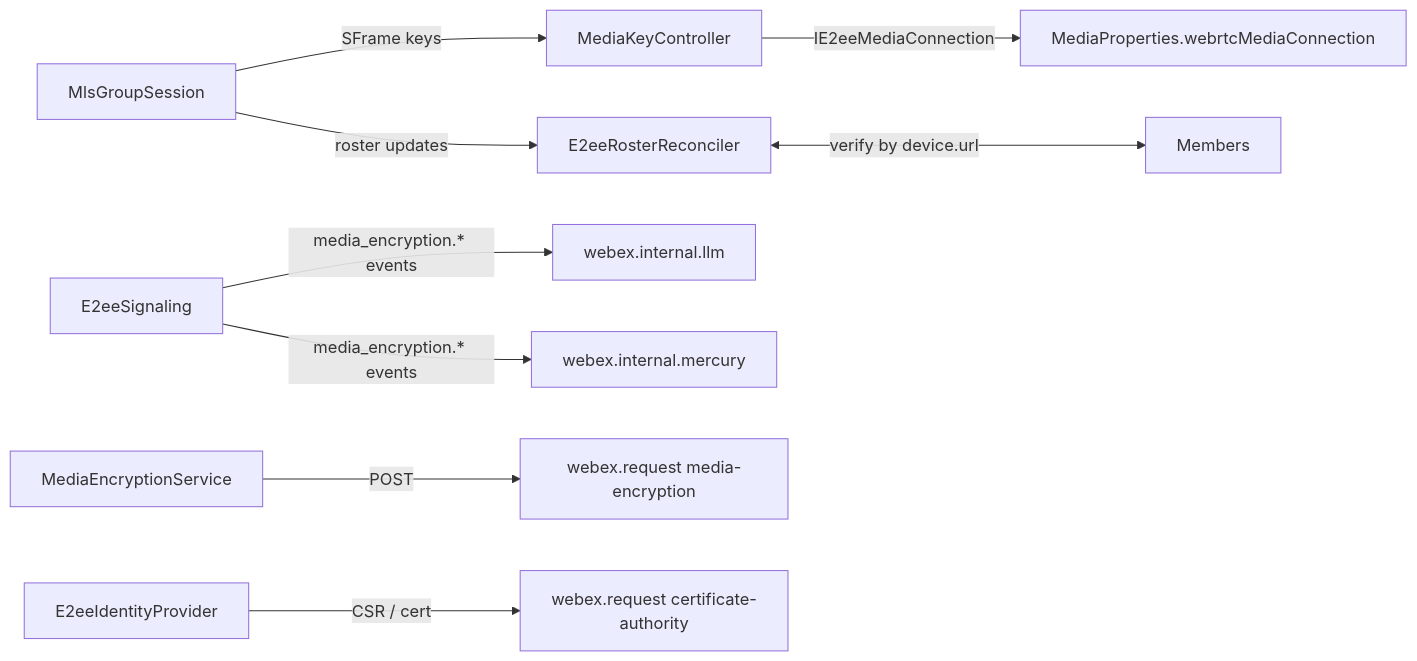
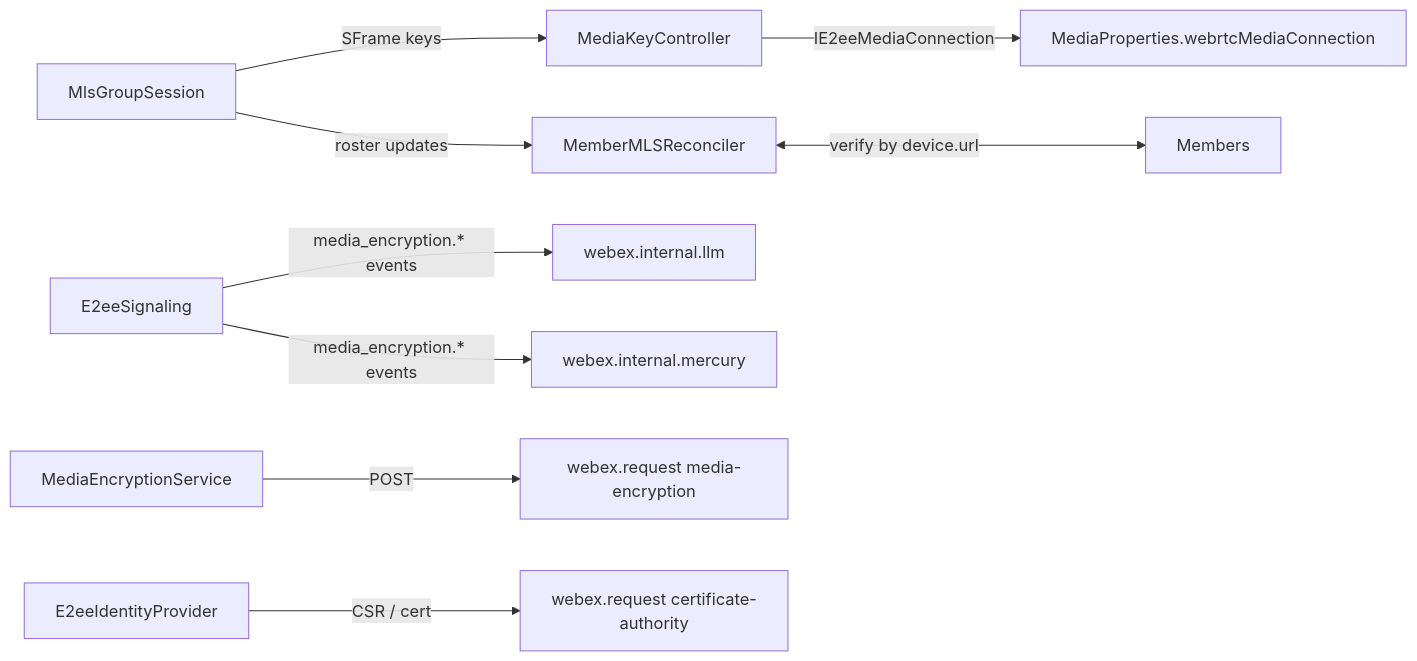
One commit to webex/webex-js-sdk changed the third of 3 diagrams in packages/@webex/plugin-meetings/src/e2ee/DESIGN.md. Above: the diagram before and after it, drawn with Mermaid. The commit also changed other lines of this file and 3 other files, not shown here.

Commit message:
refactor: rename MLS member reconciler

````diff
--- a/packages/@webex/plugin-meetings/src/e2ee/DESIGN.md
+++ b/packages/@webex/plugin-meetings/src/e2ee/DESIGN.md
@@ -139,12 +139,12 @@
 ```mermaid
 graph LR
     MLS[MlsGroupSession] -->|SFrame keys| MediaCtl[MediaKeyController]
     MediaCtl -->|IE2eeMediaConnection| MediaProps[MediaProperties.webrtcMediaConnection]
-    MLS -->|roster updates| Recon[E2eeRosterReconciler]
+    MLS -->|roster updates| Recon[MemberMLSReconciler]
     Recon <-->|verify by device.url| Members
 
     Sig[E2eeSignaling] -->|media_encryption.* events| LLM[webex.internal.llm]
     Sig -->|media_encryption.* events| Mercury[webex.internal.mercury]
     Svc[MediaEncryptionService] -->|POST| MES[webex.request media-encryption]
     Ident[E2eeIdentityProvider] -->|CSR / cert| CA[webex.request certificate-authority]
 ```
````
